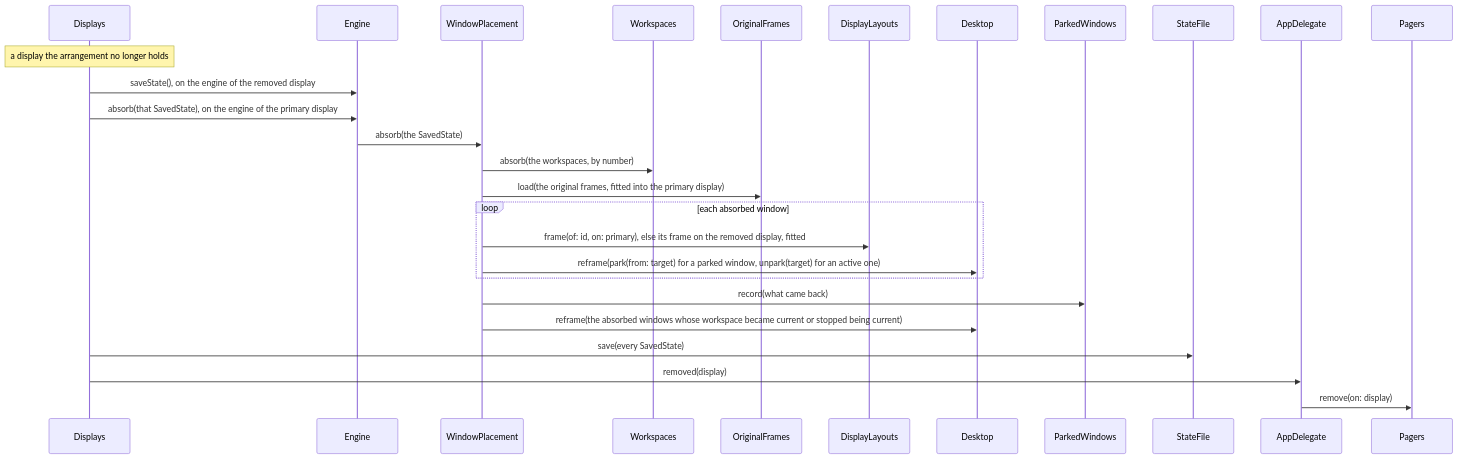
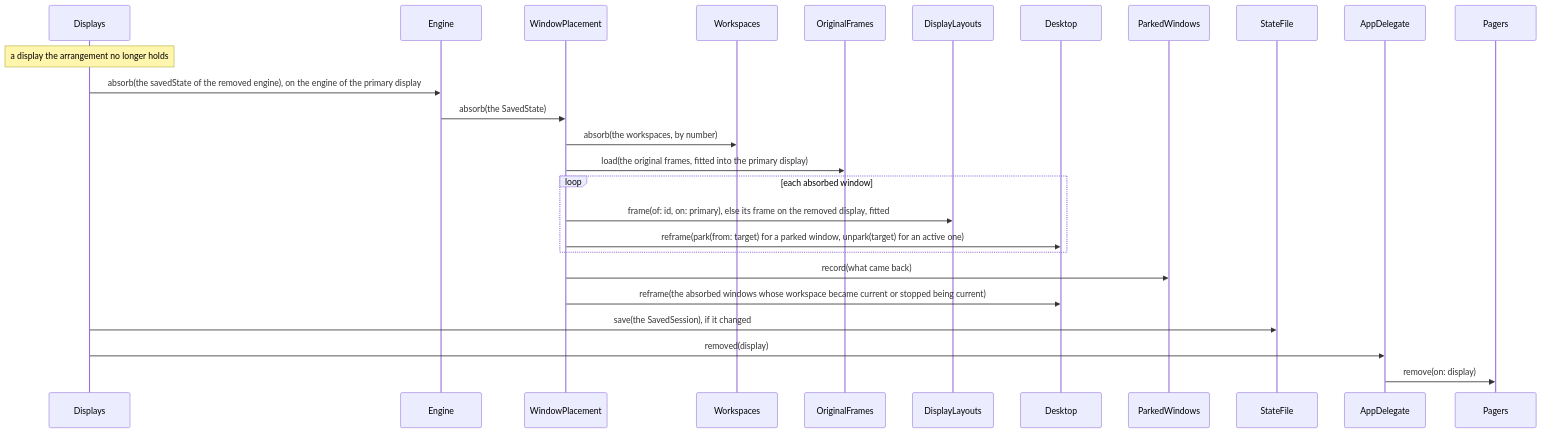
Diagram 18 of 26 in ARCHITECTURE.md (brennovich/ottowm), drawn with Mermaid before and after one commit. The commit also changed other lines of this file and 17 other files, not shown here.

````diff
--- a/ARCHITECTURE.md
+++ b/ARCHITECTURE.md
@@ -463,18 +464,17 @@
 ```mermaid
 sequenceDiagram
     Note over Displays: a display the arrangement no longer holds
-    Displays->>Engine: saveState(), on the engine of the removed display
-    Displays->>Engine: absorb(that SavedState), on the engine of the primary display
+    Displays->>Engine: absorb(the savedState of the removed engine), on the engine of the primary display
     Engine->>WindowPlacement: absorb(the SavedState)
     WindowPlacement->>Workspaces: absorb(the workspaces, by number)
     WindowPlacement->>OriginalFrames: load(the original frames, fitted into the primary display)
     loop each absorbed window
         WindowPlacement->>DisplayLayouts: frame(of: id, on: primary), else its frame on the removed display, fitted
         WindowPlacement->>Desktop: reframe(park(from: target) for a parked window, unpark(target) for an active one)
     end
     WindowPlacement->>ParkedWindows: record(what came back)
     WindowPlacement->>Desktop: reframe(the absorbed windows whose workspace became current or stopped being current)
-    Displays->>StateFile: save(every SavedState)
+    Displays->>StateFile: save(the SavedSession), if it changed
     Displays->>AppDelegate: removed(display)
     AppDelegate->>Pagers: remove(on: display)
 ```
````
